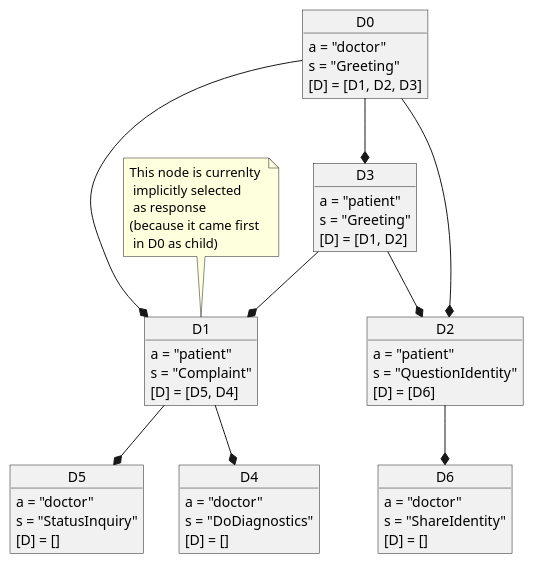
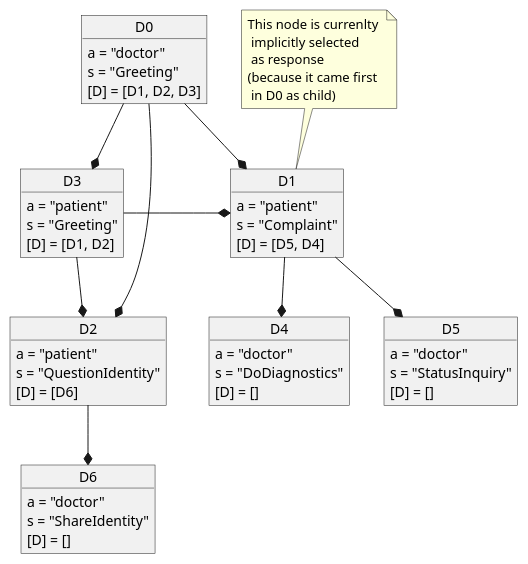
Before and after one commit to jappeace/methods-homework: the eighth of 26 diagrams in thesis/thesis.org, drawn with PlantUML. The commit also changed other lines of this file and 1 other file, not shown here.

```diff
--- a/thesis/thesis.org
+++ b/thesis/thesis.org
@@ -2096,47 +2100,50 @@
  #+BEGIN_SRC plantuml :cache yes :file img/uml/dialoguetree.png :exports results
  object D0{
  a = "doctor"
  s = "Greeting"
  [D] = [D1, D2, D3]
  }
  object D1 {
  a = "patient"
  s = "Complaint"
  [D] = [D5, D4]
  }
  object D2 {
  a = "patient"
  s = "QuestionIdentity"
  [D] = [D6]
  }
  object D3{
  a = "patient"
  s = "Greeting"
  [D] = [D1, D2]
  }
  object D5{
  a = "doctor"
  s = "StatusInquiry"
  [D] = []
  }
  object D4{
  a = "doctor"
  s = "DoDiagnostics"
  [D] = []
  }
  object D6{
  a = "doctor"
  s = "ShareIdentity"
  [D] = []
  }
  D0 --* D1
  D0 --* D2
  D0 --* D3
+
  D1 --* D4
  D1 --* D5
+
  D2 --* D6
- D3 --* D1
+
+ D3 -* D1
  D3 --* D2
  note "This node is currenlty \n implicitly selected \n as response \n(because it came first \n in D0 as child)" as response
  response .. D1
  #+END_SRC
```
